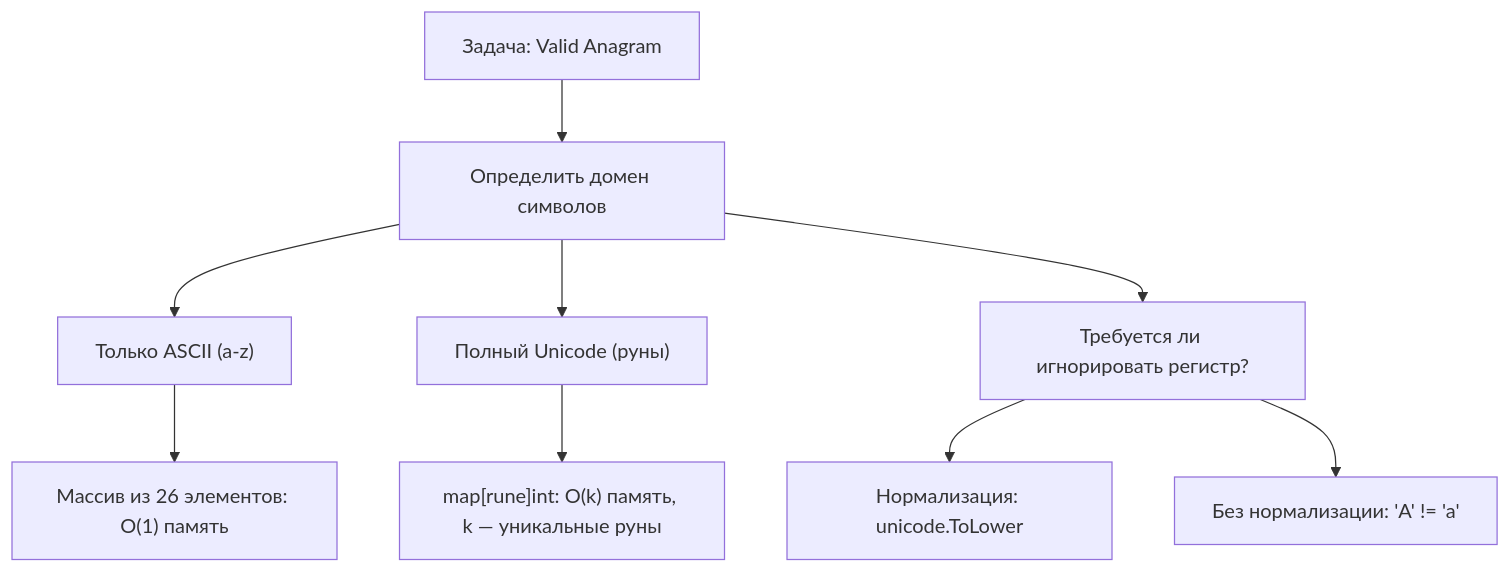
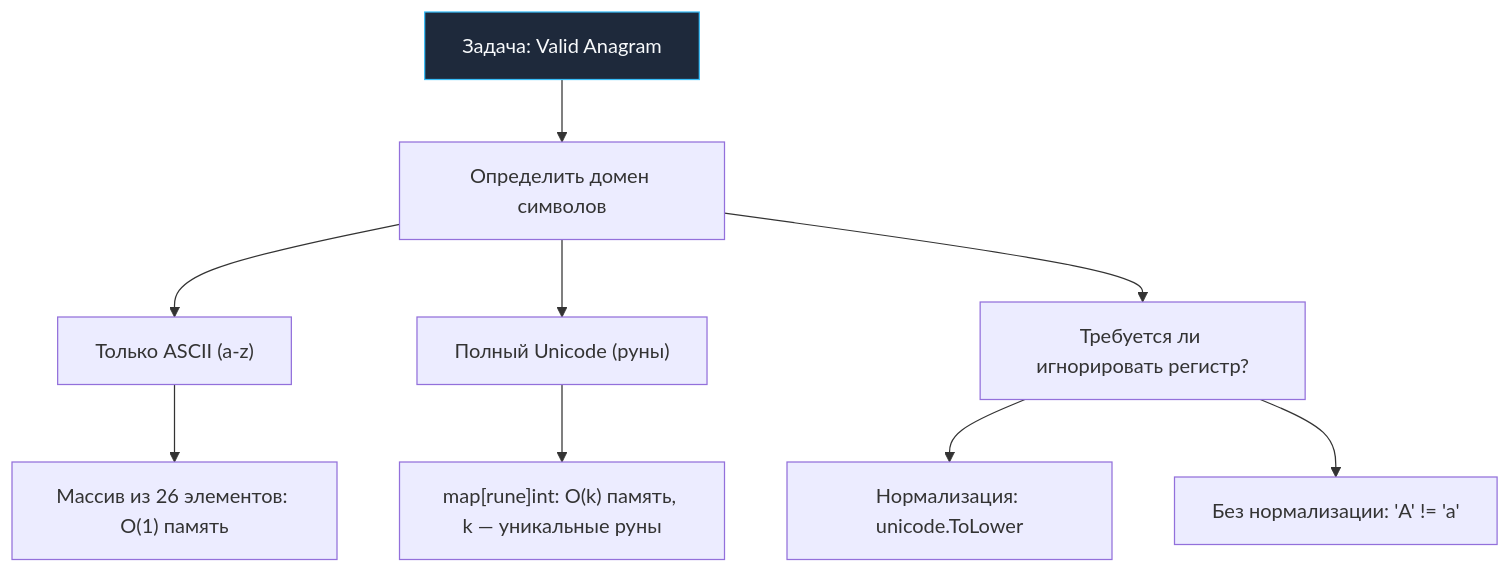
The first of 3 diagrams in sources/21. Задачи с LeetCode и собеседований на Go/02. Задачи/25. Строки/3. Valid Anagram.md (UnrealTemplier/go-textbook), drawn with Mermaid before and after one commit. The commit also changed other lines of this file and 1666 other files, not shown here.

First line of the commit message:
feat(mermaid): add semantic color classDef to 1369 colorless flowchart/graph diagrams

````diff
--- a/sources/21. Задачи с LeetCode и собеседований на Go/02. Задачи/25. Строки/3. Valid Anagram.md
+++ b/sources/21. Задачи с LeetCode и собеседований на Go/02. Задачи/25. Строки/3. Valid Anagram.md
@@ -5,11 +5,21 @@
 ```mermaid
 flowchart TD
-    A["Задача: Valid Anagram"] --> B["Определить домен символов"]
+    classDef process  fill:#1e293b,stroke:#38bdf8,stroke-width:1px,color:#f8fafc
+    classDef success  fill:#064e3b,stroke:#34d399,stroke-width:1px,color:#f8fafc
+    classDef error    fill:#7f1d1d,stroke:#f87171,stroke-width:1px,color:#f8fafc
+    classDef warning  fill:#78350f,stroke:#fbbf24,stroke-width:1px,color:#f8fafc
+    classDef entry    fill:#1e3a5f,stroke:#38bdf8,stroke-width:2px,color:#f8fafc
+    classDef aux      fill:#334155,stroke:#64748b,stroke-width:1px,color:#f8fafc
+    classDef system   fill:#312e81,stroke:#a78bfa,stroke-width:1px,color:#f8fafc
+    classDef data     fill:#132d29,stroke:#2dd4bf,stroke-width:1px,color:#f8fafc
+    classDef network  fill:#881337,stroke:#fb7185,stroke-width:1px,color:#f8fafc
+    classDef accent   fill:#1e1b4b,stroke:#818cf8,stroke-width:1px,color:#f8fafc
+    A["Задача: Valid Anagram"]:::process --> B["Определить домен символов"]
     B --> C["Только ASCII (a-z)"]
     B --> D["Полный Unicode (руны)"]
     C --> E["Массив из 26 элементов: O(1) память"]
     D --> F["map[rune]int: O(k) память, k — уникальные руны"]
     B --> G["Требуется ли игнорировать регистр?"]
     G --> H["Нормализация: unicode.ToLower"]
     G --> I["Без нормализации: 'A' != 'a'"]
 ```
````
